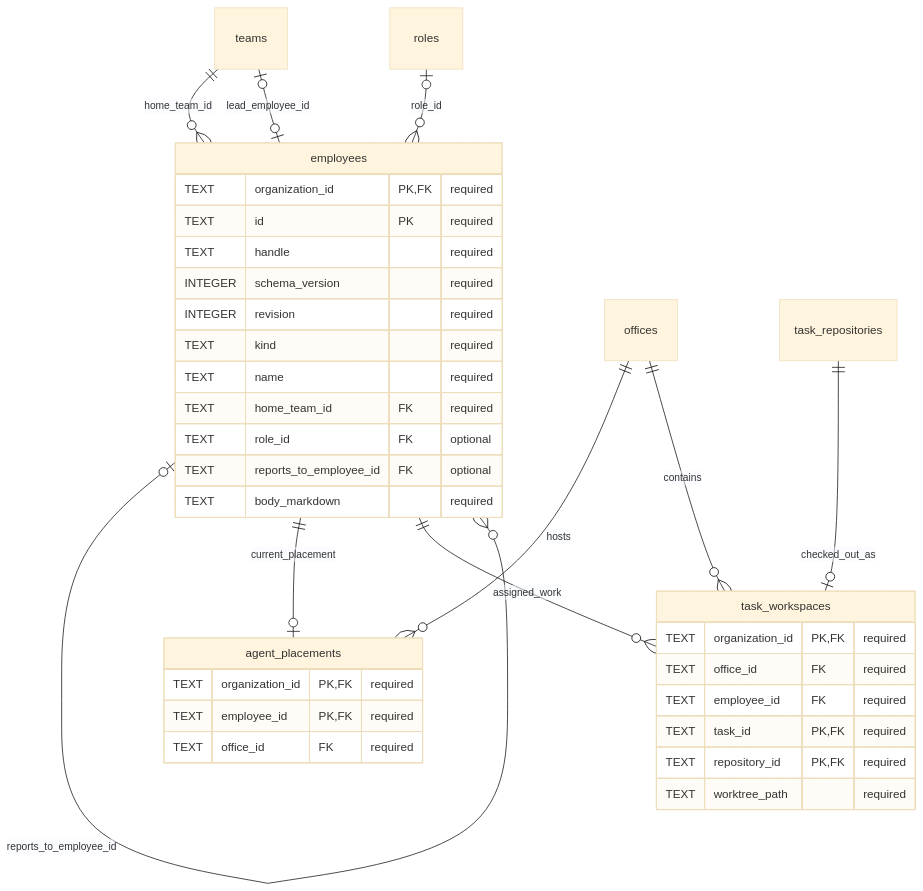
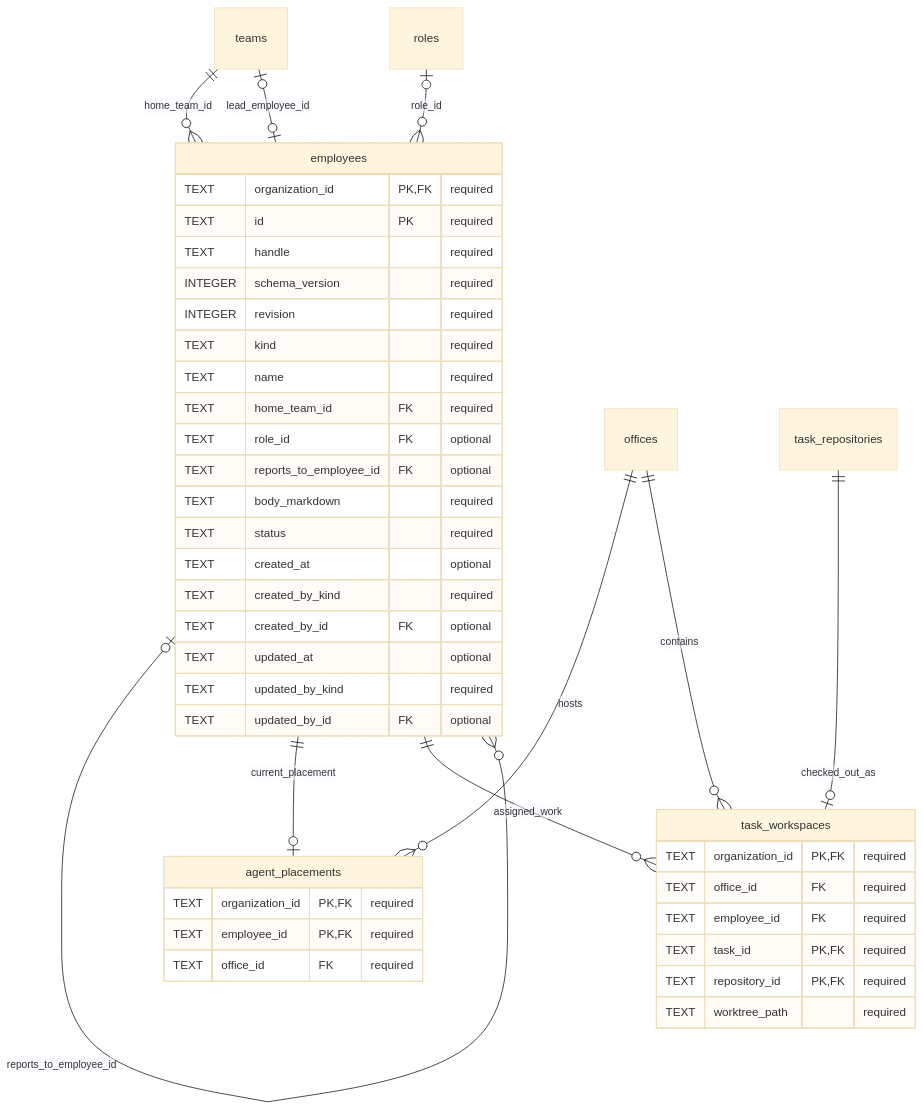
The diagram in docs/design/organization-data/04-agent-structure.md (vgmello/agentic-org), drawn with Mermaid (base theme) before and after one commit. The commit also changed other lines of this file and 9 other files, not shown here.

````diff
--- a/docs/design/organization-data/04-agent-structure.md
+++ b/docs/design/organization-data/04-agent-structure.md
@@ -7,38 +7,45 @@
 ```mermaid
 erDiagram
     teams ||--o{ employees : home_team_id
     teams o|--o| employees : lead_employee_id
     roles o|--o{ employees : role_id
     employees o|--o{ employees : reports_to_employee_id
     employees ||--o| agent_placements : current_placement
     offices ||--o{ agent_placements : hosts
     employees ||--o{ task_workspaces : assigned_work
     offices ||--o{ task_workspaces : contains
     task_repositories ||--o| task_workspaces : checked_out_as
     employees {
         TEXT organization_id PK, FK "required"
         TEXT id PK "required"
         TEXT handle "required"
         INTEGER schema_version "required"
         INTEGER revision "required"
         TEXT kind "required"
         TEXT name "required"
         TEXT home_team_id FK "required"
         TEXT role_id FK "optional"
         TEXT reports_to_employee_id FK "optional"
         TEXT body_markdown "required"
+        TEXT status "required"
+        TEXT created_at "optional"
+        TEXT created_by_kind "required"
+        TEXT created_by_id FK "optional"
+        TEXT updated_at "optional"
+        TEXT updated_by_kind "required"
+        TEXT updated_by_id FK "optional"
     }
     agent_placements {
         TEXT organization_id PK, FK "required"
         TEXT employee_id PK, FK "required"
         TEXT office_id FK "required"
     }
     task_workspaces {
         TEXT organization_id PK, FK "required"
         TEXT office_id FK "required"
         TEXT employee_id FK "required"
         TEXT task_id PK, FK "required"
         TEXT repository_id PK, FK "required"
         TEXT worktree_path "required"
     }
 ```
````
